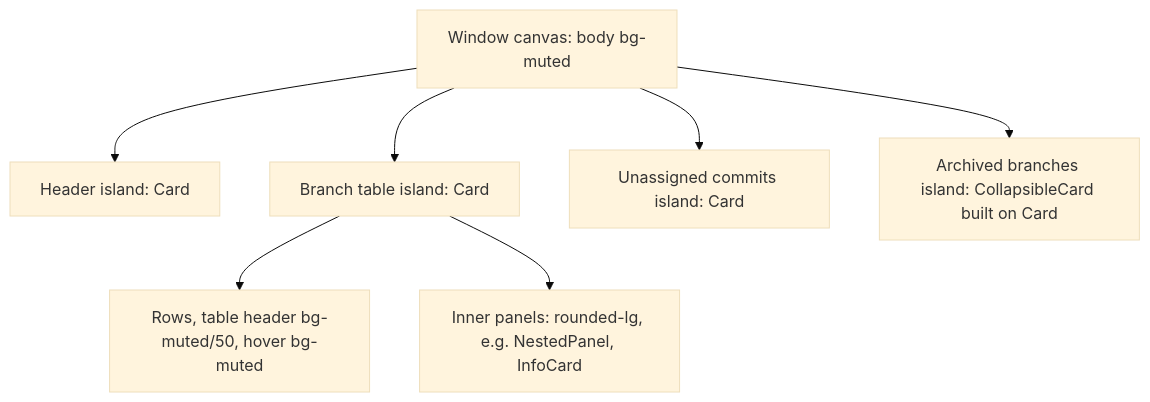
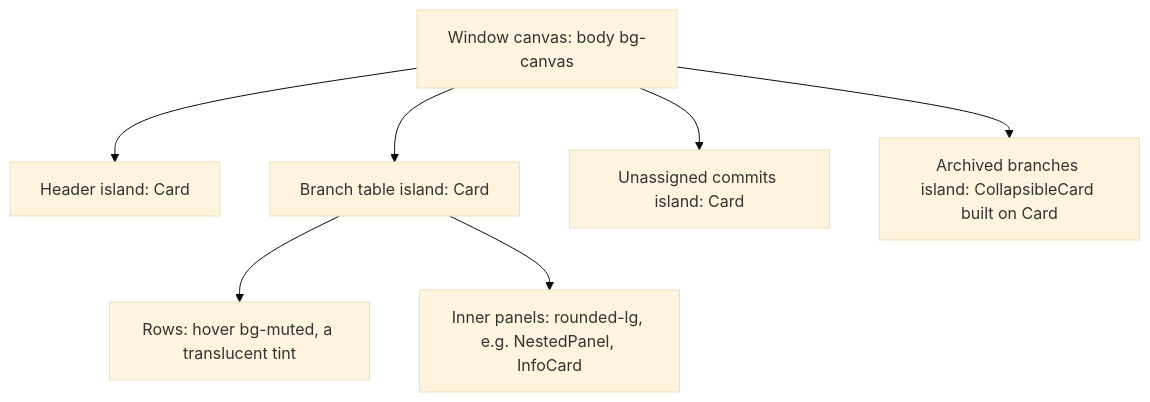
The diagram in docs/design/ui-theme.md (develar/branch-deck), drawn with Mermaid (base theme) before and after one commit. The commit also changed other lines of this file and 54 other files, not shown here.

````diff
--- a/docs/design/ui-theme.md
+++ b/docs/design/ui-theme.md
@@ -33,9 +42,9 @@
 ```mermaid
 flowchart TD
-    W["Window canvas: body bg-muted"] --> H["Header island: Card"]
+    W["Window canvas: body bg-canvas"] --> H["Header island: Card"]
     W --> T["Branch table island: Card"]
     W --> U["Unassigned commits island: Card"]
     W --> A["Archived branches island: CollapsibleCard built on Card"]
-    T --> R["Rows, table header bg-muted/50, hover bg-muted"]
+    T --> R["Rows: hover bg-muted, a translucent tint"]
     T --> P["Inner panels: rounded-lg, e.g. NestedPanel, InfoCard"]
 ```
````
